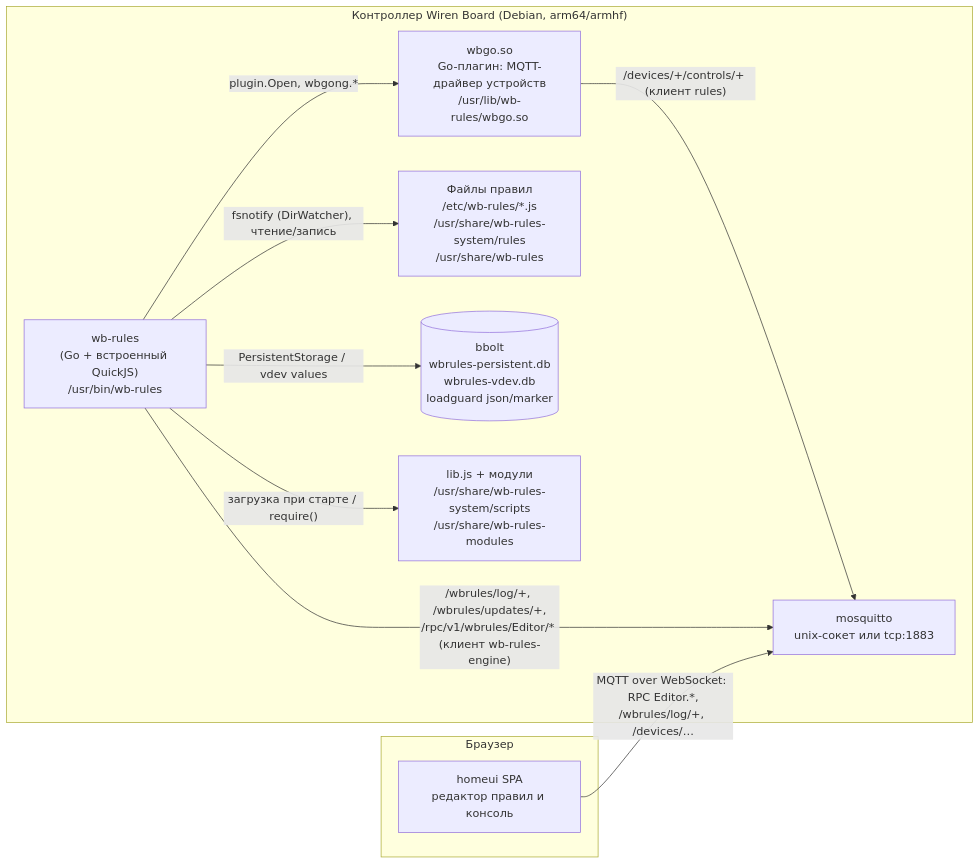
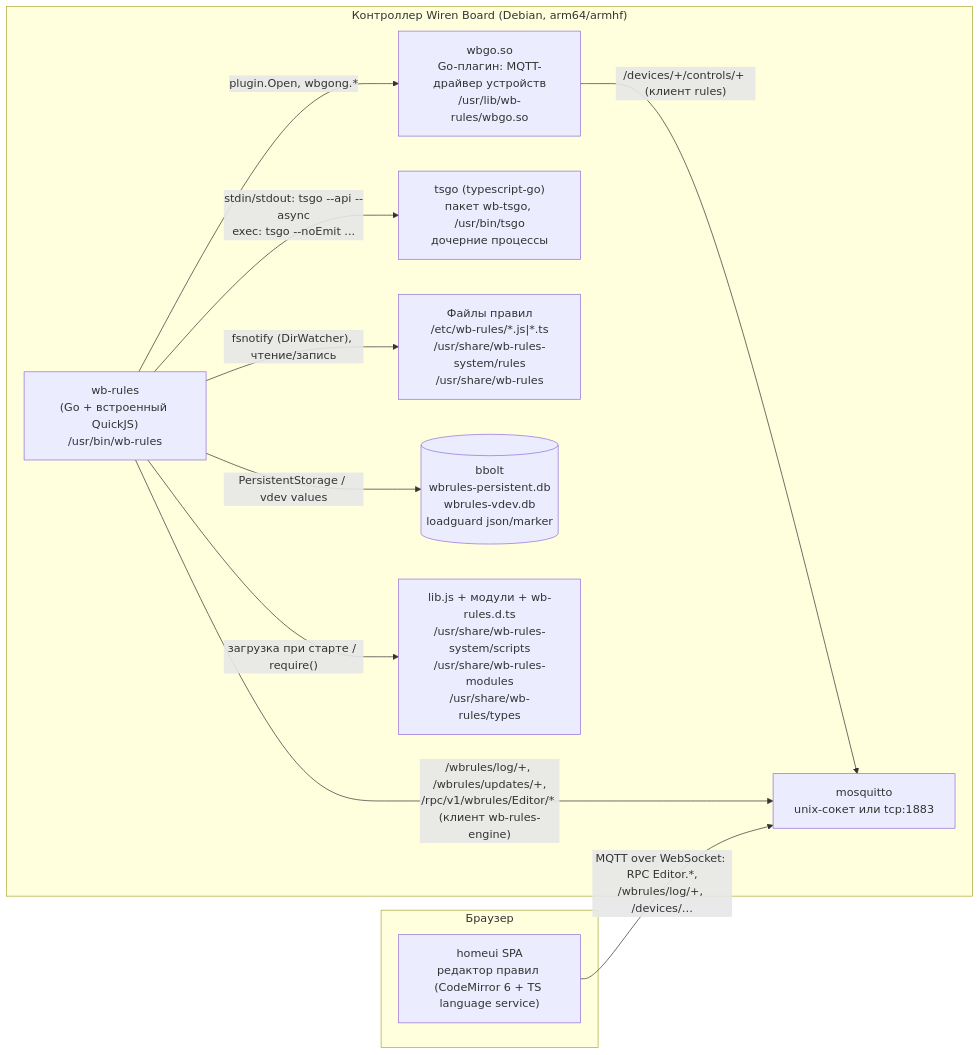
The first of 4 diagrams in docs/arc42/05-building-blocks.md (wirenboard/wb-rules), drawn with Mermaid before and after one commit. The commit also changed other lines of this file and 24 other files, not shown here.

````diff
--- a/docs/arc42/05-building-blocks.md
+++ b/docs/arc42/05-building-blocks.md
@@ -7,21 +7,23 @@
 ```mermaid
 graph LR
     subgraph Controller["Контроллер Wiren Board (Debian, arm64/armhf)"]
         WBR["wb-rules<br/>(Go + встроенный QuickJS)<br/>/usr/bin/wb-rules"]
         SO["wbgo.so<br/>Go-плагин: MQTT-драйвер устройств<br/>/usr/lib/wb-rules/wbgo.so"]
+        TSGO["tsgo (typescript-go)<br/>пакет wb-tsgo, /usr/bin/tsgo<br/>дочерние процессы"]
         MQTT["mosquitto<br/>unix-сокет или tcp:1883"]
-        FS["Файлы правил<br/>/etc/wb-rules/*.js<br/>/usr/share/wb-rules-system/rules<br/>/usr/share/wb-rules"]
+        FS["Файлы правил<br/>/etc/wb-rules/*.js|*.ts<br/>/usr/share/wb-rules-system/rules<br/>/usr/share/wb-rules"]
         DB[("bbolt<br/>wbrules-persistent.db<br/>wbrules-vdev.db<br/>loadguard json/marker")]
-        LIB["lib.js + модули<br/>/usr/share/wb-rules-system/scripts<br/>/usr/share/wb-rules-modules"]
+        LIB["lib.js + модули + wb-rules.d.ts<br/>/usr/share/wb-rules-system/scripts<br/>/usr/share/wb-rules-modules<br/>/usr/share/wb-rules/types"]
     end
     subgraph Browser["Браузер"]
-        UI["homeui SPA<br/>редактор правил и консоль"]
+        UI["homeui SPA<br/>редактор правил (CodeMirror 6 + TS language service)"]
     end
     WBR -- "plugin.Open, wbgong.*" --> SO
     SO -- "/devices/+/controls/+ (клиент rules)" --> MQTT
     WBR -- "/wbrules/log/+, /wbrules/updates/+,<br/>/rpc/v1/wbrules/Editor/* (клиент wb-rules-engine)" --> MQTT
+    WBR -- "stdin/stdout: tsgo --api --async<br/>exec: tsgo --noEmit ..." --> TSGO
     WBR -- "fsnotify (DirWatcher), чтение/запись" --> FS
     WBR -- "PersistentStorage / vdev values" --> DB
     WBR -- "загрузка при старте / require()" --> LIB
     UI -- "MQTT over WebSocket: RPC Editor.*,<br/>/wbrules/log/+, /devices/…" --> MQTT
 ```
````
